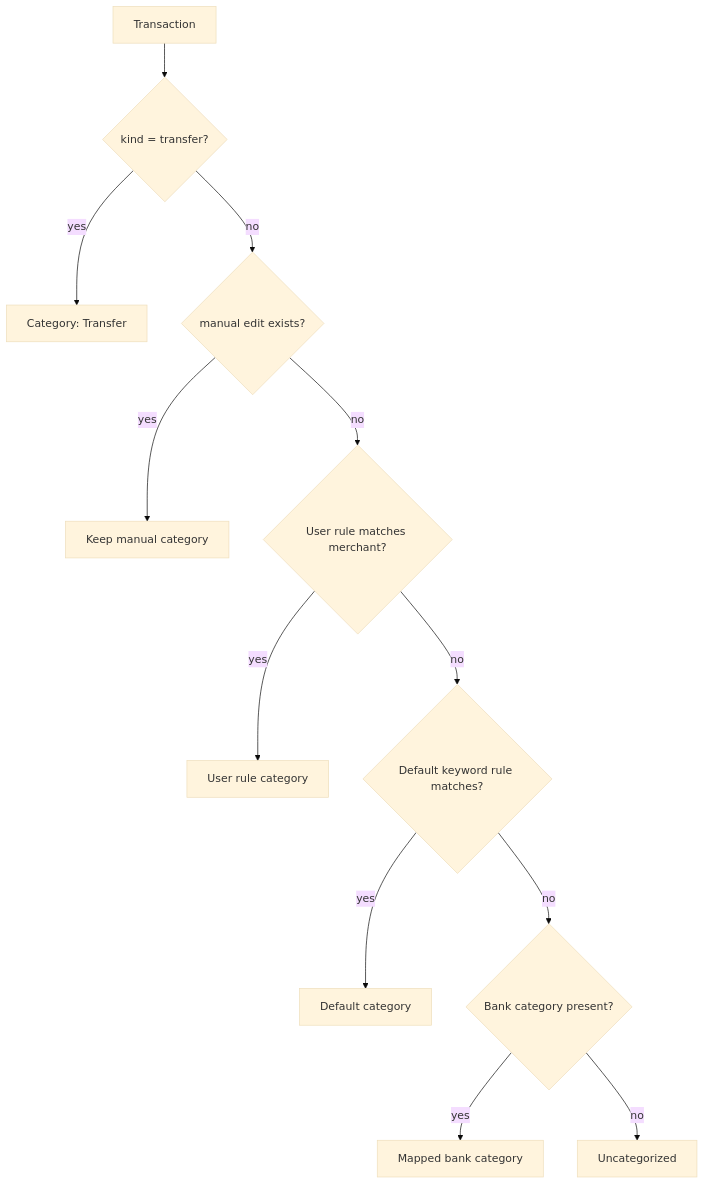
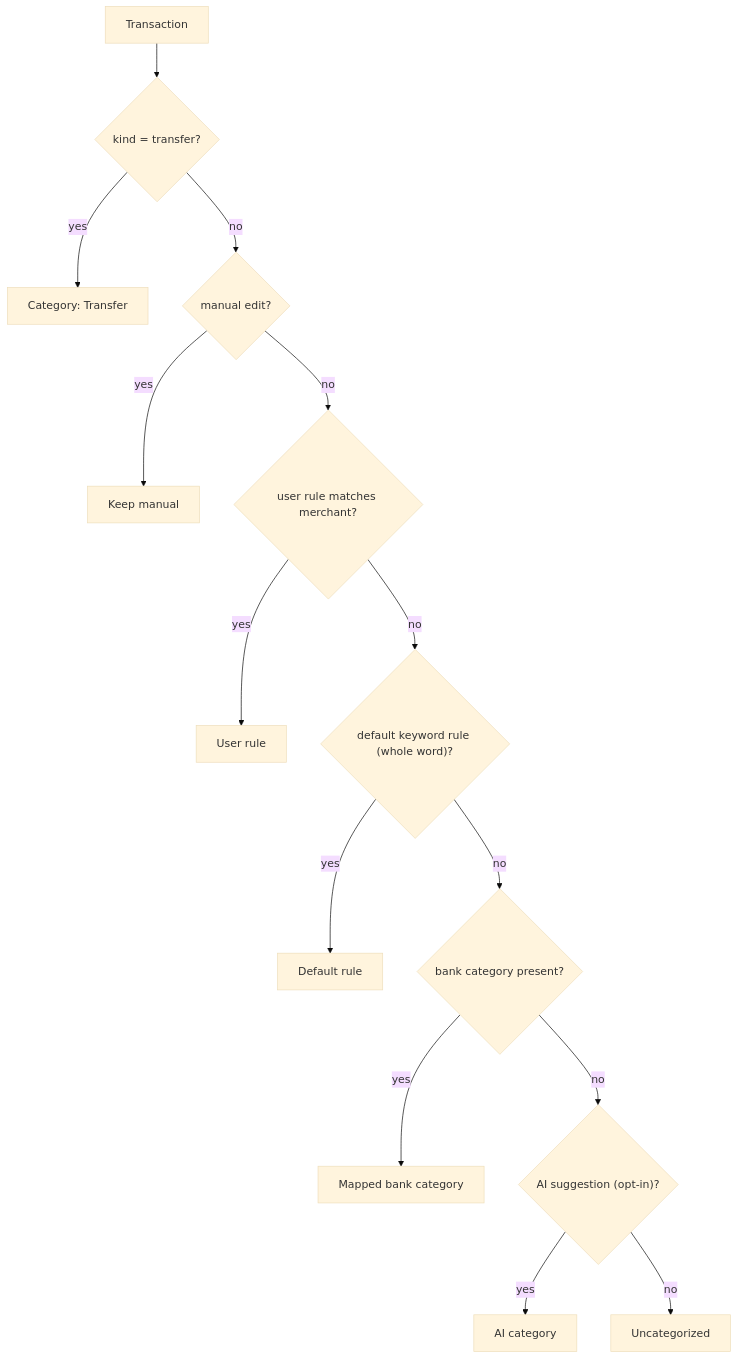
One commit to walletwhisper/walletwhisper.github.io changed the third of 5 diagrams in DESIGN.md. Above: the diagram before and after it, drawn with Mermaid (base theme). The commit also changed other lines of this file and 26 other files, not shown here.

````diff
--- a/DESIGN.md
+++ b/DESIGN.md
@@ -233,14 +201,16 @@
 ```mermaid
 flowchart TD
     T["Transaction"] --> K{"kind = transfer?"}
     K -- yes --> TR["Category: Transfer"]
-    K -- no --> M{"manual edit exists?"}
-    M -- yes --> Keep["Keep manual category"]
-    M -- no --> U{"User rule matches merchant?"}
-    U -- yes --> UC["User rule category"]
-    U -- no --> D{"Default keyword rule matches?"}
-    D -- yes --> DC["Default category"]
-    D -- no --> B{"Bank category present?"}
+    K -- no --> M{"manual edit?"}
+    M -- yes --> Keep["Keep manual"]
+    M -- no --> U{"user rule matches merchant?"}
+    U -- yes --> UC["User rule"]
+    U -- no --> D{"default keyword rule (whole word)?"}
+    D -- yes --> DC["Default rule"]
+    D -- no --> B{"bank category present?"}
     B -- yes --> BC["Mapped bank category"]
-    B -- no --> UN["Uncategorized"]
+    B -- no --> AI{"AI suggestion (opt-in)?"}
+    AI -- yes --> AC["AI category"]
+    AI -- no --> UN["Uncategorized"]
 ```
````
